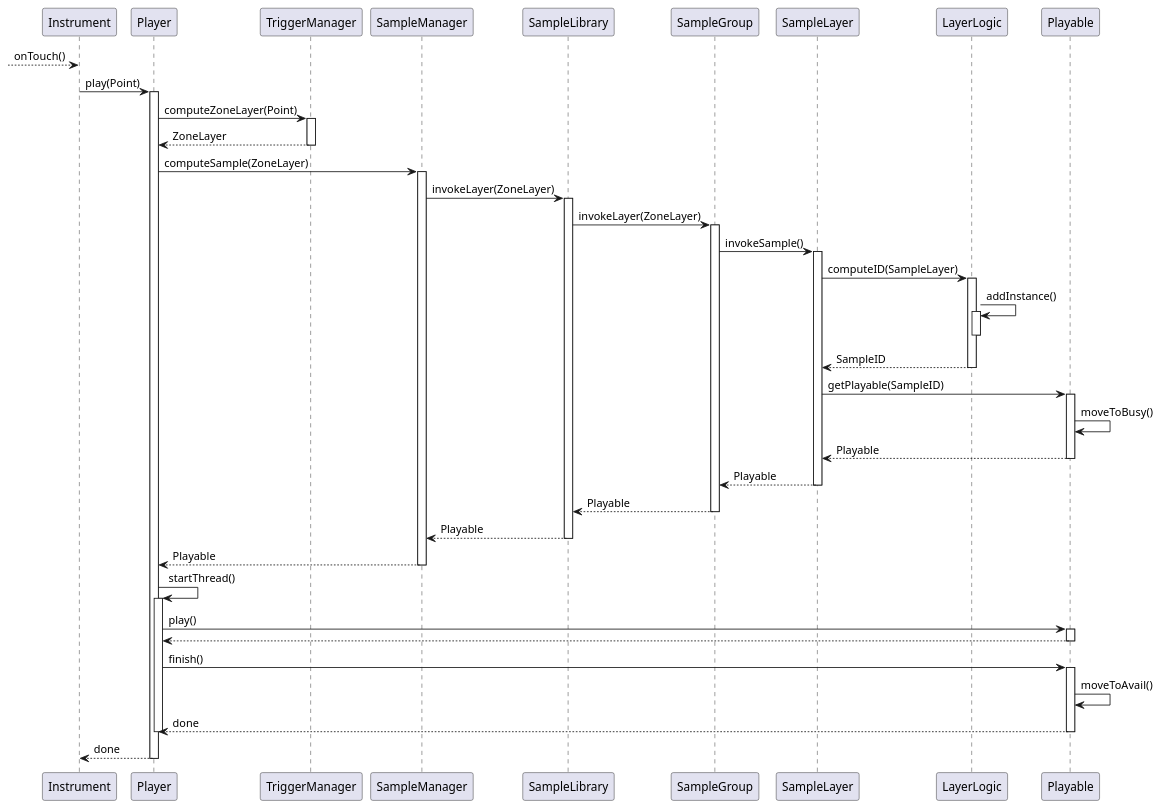
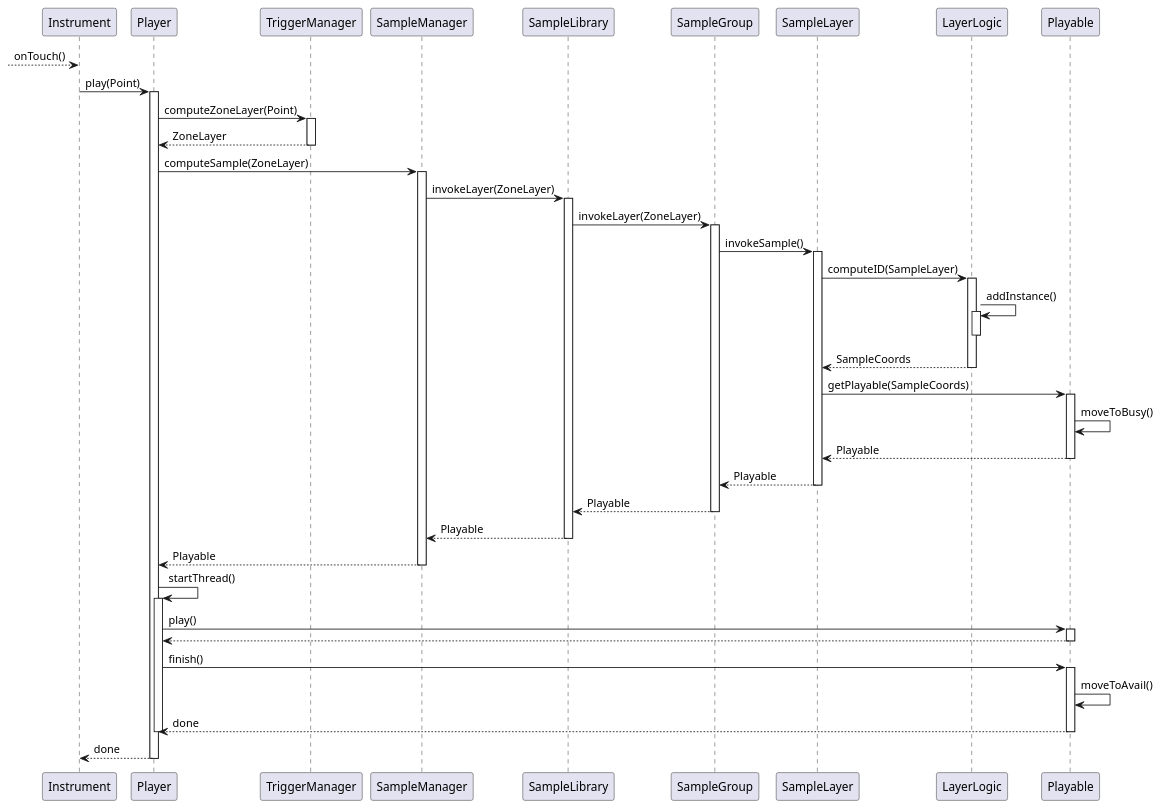
Before and after one commit to tunepruner/FingerPerc: the diagram in app/Documentation/playSampleSequence.puml, drawn with PlantUML. The commit also changed 9 other files, not shown here.

Commit message:
Removes companion object of LayerLogic, converts that class to interface, and composes SampleLayer with it

```diff
--- a/app/Documentation/playSampleSequence.puml
+++ b/app/Documentation/playSampleSequence.puml
@@ -1,37 +1,37 @@
 @startuml
 -->Instrument: onTouch()
 
 
 Instrument->Player++: play(Point)
 Player->TriggerManager++: computeZoneLayer(Point)
 return ZoneLayer
 
 
 Player->SampleManager++: computeSample(ZoneLayer)
 SampleManager->SampleLibrary++: invokeLayer(ZoneLayer)
 SampleLibrary->SampleGroup++: invokeLayer(ZoneLayer)
 SampleGroup->SampleLayer++: invokeSample()
 SampleLayer->LayerLogic++:computeID(SampleLayer)
 LayerLogic->LayerLogic++:addInstance()
 deactivate
-return SampleID
-SampleLayer->Playable++:getPlayable(SampleID)
+return SampleCoords
+SampleLayer->Playable++:getPlayable(SampleCoords)
 Playable->Playable:moveToBusy()
 
 
 return Playable
 return Playable
 return Playable
 return Playable
 return Playable
 
 Player->Player++:startThread()
 
 Player->Playable++: play()
 return
 Player->Playable++: finish()
 Playable->Playable: moveToAvail()
 return done
 deactivate
 return done
 @enduml
```
